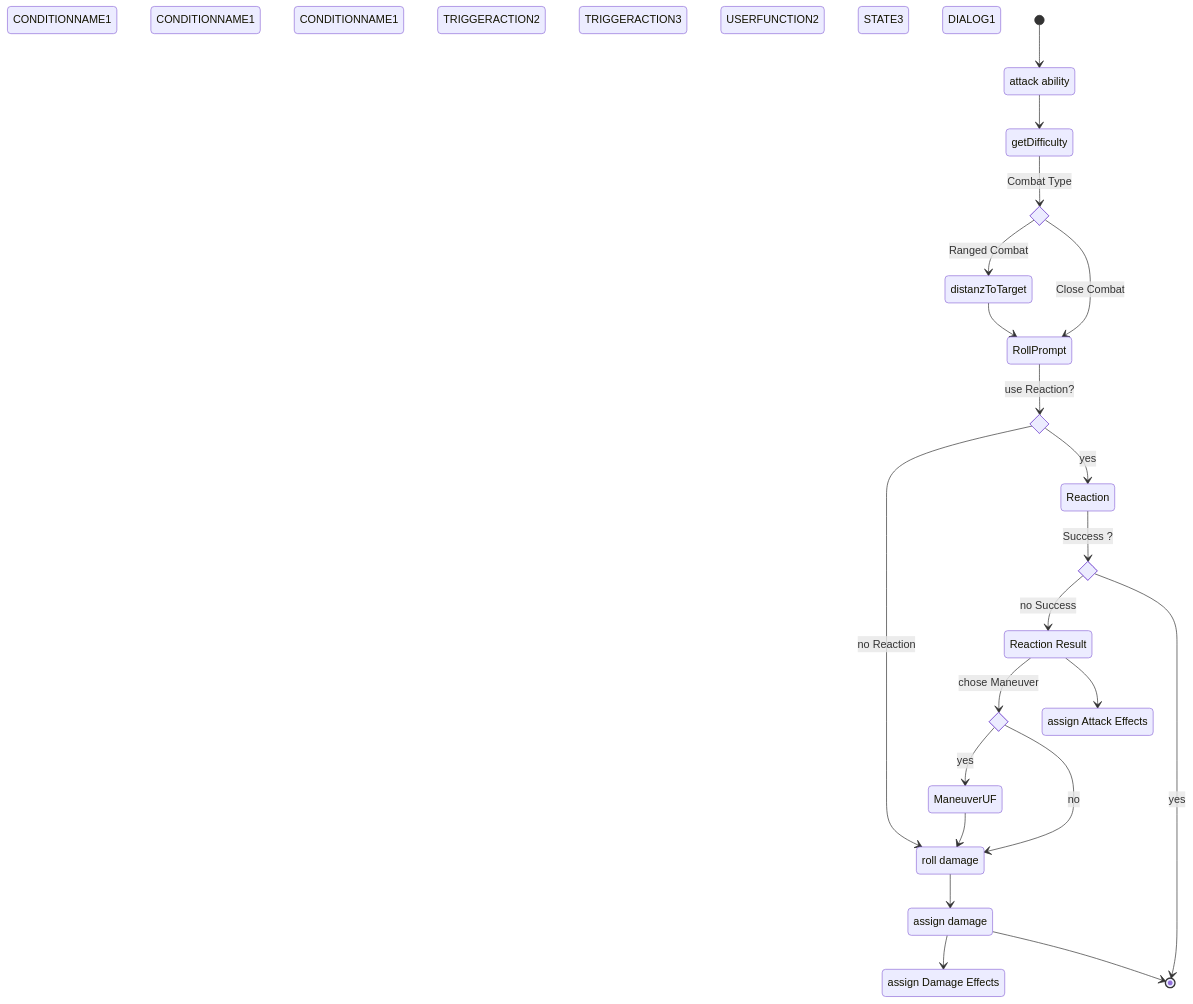
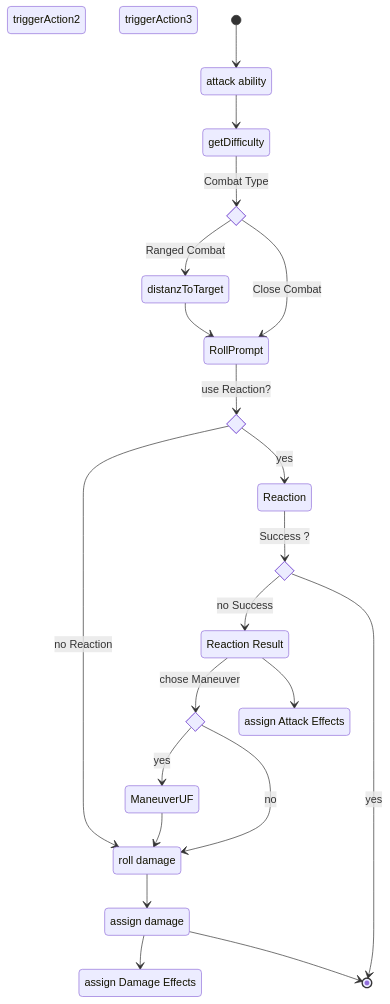
The diagram in documentation/Use Cases/UC_Combat-attack.md (patrickmohrmann/earthdawn4eV2), drawn with Mermaid before and after one commit.

````diff
--- a/documentation/Use Cases/UC_Combat-attack.md
+++ b/documentation/Use Cases/UC_Combat-attack.md
@@ -8,81 +8,74 @@
 ```mermaid
 stateDiagram-v2
     classDef fromOutside font-style:italic,font-weight:bold,fill:lightyellow
     classDef foundryCore font-style:italic,font-weight:bold,fill: lightgreen
     classDef useCase font-style:italic,font-weight:bold,color:white,fill: green
     classDef userFunction font-style:italic,font-weight:bold,fill:lightblue
     classDef userFunctionReturn font-style:italic,font-weight:bold,fill:aqua
     classDef dialog font-style:italic,font-weight:bold,fill:orange
 
     ###################### status #######################
 
-    condition1: CONDITIONNAME1
-    condition2: CONDITIONNAME1
-    condition3: CONDITIONNAME1
 
     triggerAction1: attack ability
-    triggerAction2: TRIGGERACTION2
-    triggerAction3: TRIGGERACTION3
 
     getDifficulty: getDifficulty
-    ManeuverUC: USERFUNCTION2
+
     ReactionUC: Reaction
     assignDamageEffects: assign Damage Effects
     assignAttackEffects: assign Attack Effects
     rollDamage: roll damage
     AssignDamage: assign damage
 
     ReactionResult: Reaction Result
-    state3: STATE3
 
-    dialog1: DIALOG1
 
     ####################### Decisions #######################
 
     state combatType <<choice>>
     state Reaction <<choice>>
     state ReactionSuccess <<choice>>
     state choseManeuver <<choice>>
 
     ######################## Colorations ######################
 
     triggerAction1:::fromOutside
     triggerAction2:::fromOutside
     triggerAction3:::fromOutside
 
     getDifficulty:::userFunction
     ReactionUC:::userFunction
     ManeuverUF:::userFunction
     rollDamage:::userFunction
     assignAttackEffects:::userFunction
     assignDamageEffects:::userFunction
     AssignDamage:::userFunction
 
     RollPrompt:::dialog
 
 ##################### StateDiagram ########################
 
     [*] --> triggerAction1
     triggerAction1 --> getDifficulty
     getDifficulty --> combatType: Combat Type
     combatType --> distanzToTarget: Ranged Combat
     combatType --> RollPrompt: Close Combat
     distanzToTarget  --> RollPrompt
 
     RollPrompt --> Reaction: use Reaction?
     Reaction --> rollDamage: no Reaction 
     Reaction --> ReactionUC: yes
     ReactionUC --> ReactionSuccess: Success ?
     ReactionSuccess --> ReactionResult: no Success 
     ReactionResult --> choseManeuver: chose Maneuver
     choseManeuver --> ManeuverUF: yes
     choseManeuver --> rollDamage: no
     ReactionResult --> assignAttackEffects
 
     ManeuverUF --> rollDamage
     rollDamage --> AssignDamage
     AssignDamage --> assignDamageEffects
 
     AssignDamage --> [*]
     ReactionSuccess --> [*]: yes
 ```
````
